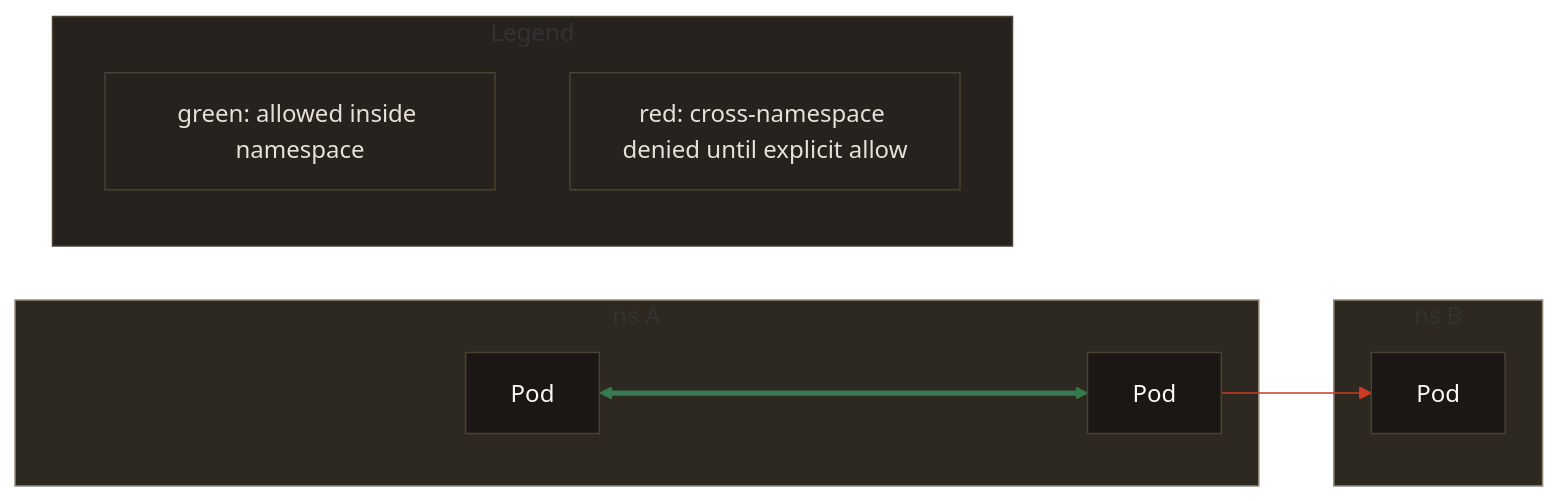
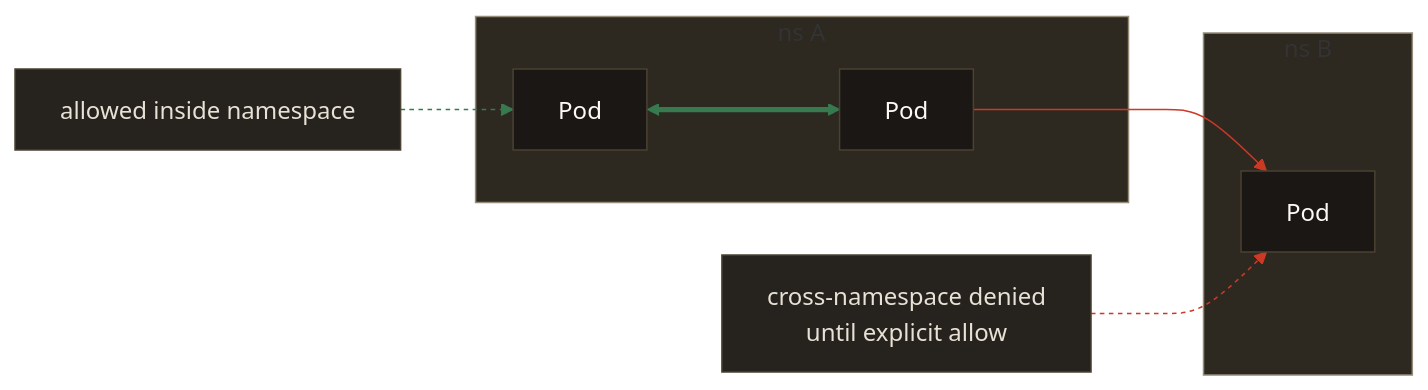
The second of 3 diagrams in kubernetes/network/README.md (yu-min3/kensan-lab), drawn with Mermaid (neutral theme) before and after one commit. The commit also changed other lines of this file, not shown here.

Commit message:
docs: Network図のラベル配置を調整

````diff
--- a/kubernetes/network/README.md
+++ b/kubernetes/network/README.md
@@ -66,26 +66,27 @@
 ```mermaid
 %%{init: {"flowchart": {"htmlLabels": false}} }%%
 flowchart LR
     subgraph nsA["ns A"]
         A1[Pod] <==> A2[Pod]
     end
     subgraph nsB["ns B"]
         B1[Pod]
     end
     A2 --> B1
 
-    subgraph Key["Legend"]
-        AL["green: allowed inside namespace"]
-        DN["red: cross-namespace denied until explicit allow"]
-    end
+    AL["allowed inside namespace"]
+    DN["cross-namespace denied<br/>until explicit allow"]
+    AL -.-> A1
+    DN -.-> B1
 
     style nsA fill:#2D2820,stroke:#948B79,color:#FCFAF6
     style nsB fill:#2D2820,stroke:#948B79,color:#FCFAF6
-    style Key fill:#26221D,stroke:#4A4232,color:#FCFAF6
     classDef pod fill:#1A1714,stroke:#4A4232,color:#FCFAF6
     classDef note fill:#26221D,stroke:#4A4232,color:#E8E1D6
     class A1,A2,B1 pod
     class AL,DN note
     linkStyle 0 stroke:#377A50,color:#377A50
     linkStyle 1 stroke:#CC3925,color:#CC3925
+    linkStyle 2 stroke:#377A50,stroke-dasharray:3 3,color:#377A50
+    linkStyle 3 stroke:#CC3925,stroke-dasharray:3 3,color:#CC3925
 ```
````
